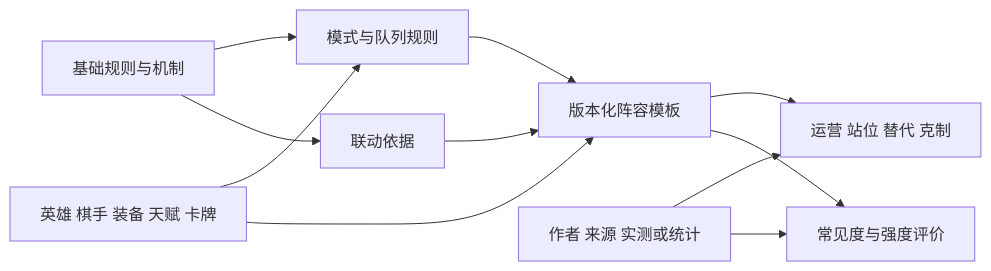
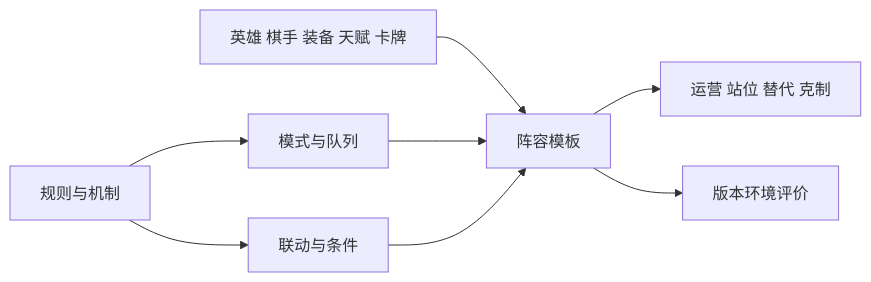
One commit to winx402/honor-of-kings-ace-core changed the diagram in docs/游戏模式与阵容.md. Above: the diagram before and after it, drawn with Mermaid. The commit also changed other lines of this file and 39 other files, not shown here.

````diff
--- a/docs/游戏模式与阵容.md
+++ b/docs/游戏模式与阵容.md
@@ -51,13 +45,10 @@
 ```mermaid
 flowchart LR
-  RULE[基础规则与机制] --> MODE[模式与队列规则]
-  OBJECT[英雄 棋手 装备 天赋 卡牌] --> MODE
-  MODE --> LINEUP[版本化阵容模板]
-  OBJECT --> LINEUP
-  RULE --> SYNERGY[联动依据]
+  RULE[规则与机制] --> MODE[模式与队列]
+  OBJECT[英雄 棋手 装备 天赋 卡牌] --> LINEUP[阵容模板]
+  MODE --> LINEUP
+  RULE --> SYNERGY[联动与条件]
   SYNERGY --> LINEUP
   LINEUP --> GUIDE[运营 站位 替代 克制]
-  SOURCE[作者 来源 实测或统计] --> GUIDE
-  SOURCE --> META[常见度与强度评价]
-  LINEUP --> META
+  LINEUP --> META[版本环境评价]
 ```
````
